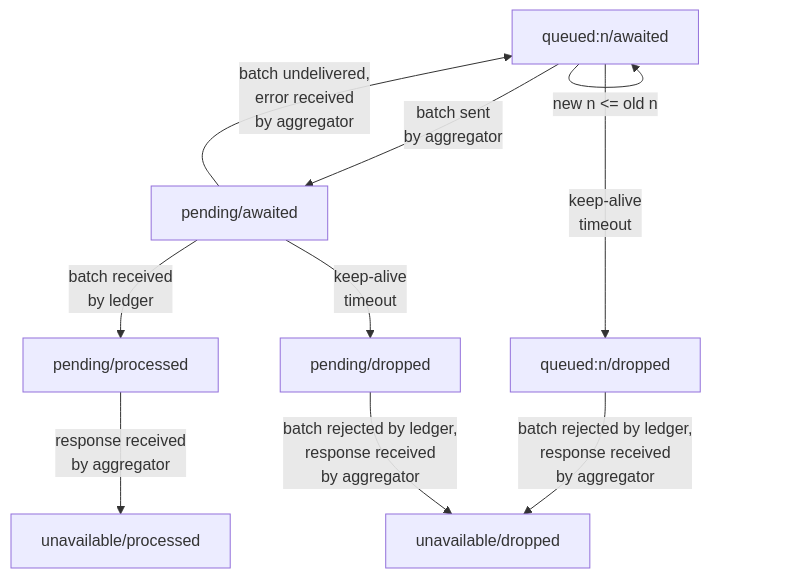
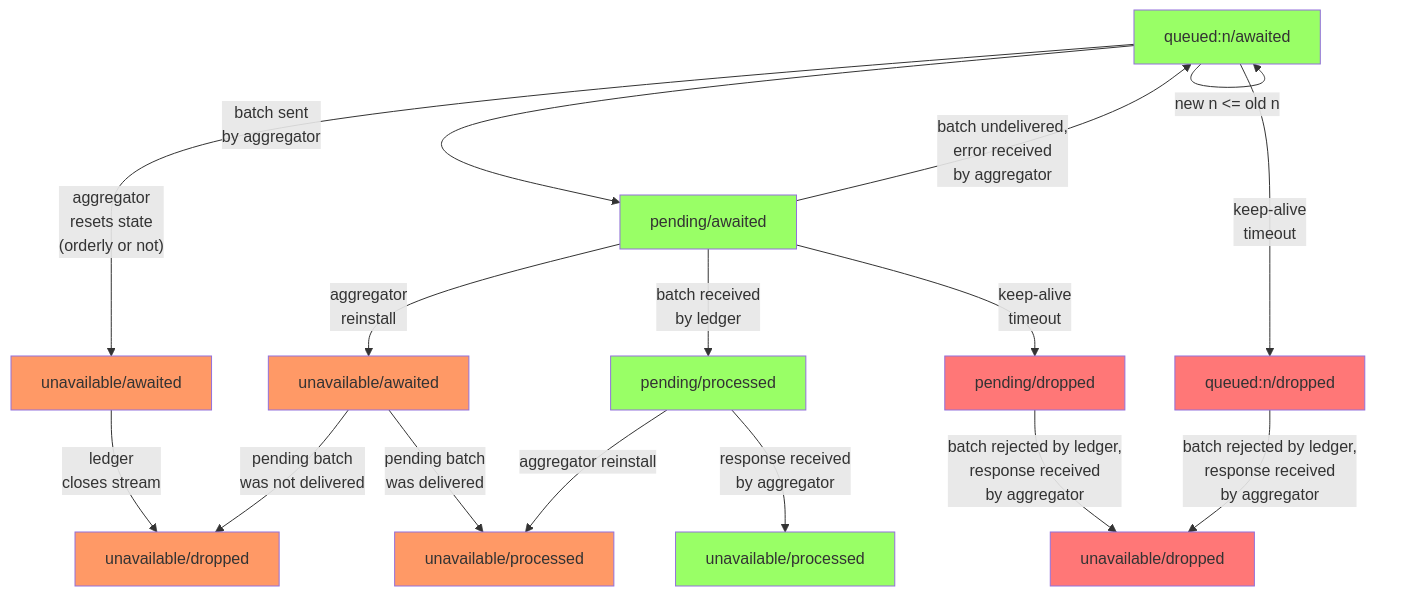
One commit to research-ag/hpl-io changed the fourth of 5 diagrams in README.md. Above: the diagram before and after it, drawn with Mermaid. The commit also changed other lines of this file and 2 other files, not shown here.

Commit message:
Update ledger.did and README

````diff
--- a/README.md
+++ b/README.md
@@ -31,12 +68,26 @@
 ```mermaid
 flowchart TD
-QA["queued:n/awaited"] -->|batch sent<br>by aggregator| PA["pending/awaited"]
+QA["queued:n/awaited"] -->|"aggregator<br>resets state<br>(orderly or not)"| UA["unavailable/awaited"]
+UA -->|ledger<br>closes stream| UD2["unavailable/dropped"]
+QA -->|batch sent<br>by aggregator| PA["pending/awaited"]
 QA -->|"new n <= old n"| QA
+PA -->|aggregator<br>reinstall| UA2["unavailable/awaited"]
+UA2 -->|pending batch<br>was not delivered| UD2
+UA2 -->|pending batch<br>was delivered| UP2["unavailable/processed"]
 PA -->|batch received<br>by ledger| PP["pending/processed"]
 PA -->|batch undelivered,<br>error received<br>by aggregator| QA
+PP -->|aggregator reinstall| UP2
 PP -->|response received<br>by aggregator| UP["unavailable/processed"]
+PA -->|keep-alive<br>timeout| PD["pending/dropped"]
 QA -->|keep-alive<br>timeout| QD["queued:n/dropped"]
-PA -->|keep-alive<br>timeout| PD["pending/dropped"]
+PD -->|batch rejected by ledger,<br>response received<br>by aggregator| UD
 QD -->|batch rejected by ledger,<br>response received<br>by aggregator| UD["unavailable/dropped"]
-PD -->|batch rejected by ledger,<br>response received<br>by aggregator| UD
+
+
+classDef green fill:#9f6
+classDef orange fill:#f96
+classDef red fill:#f77
+class QD,PD,UD red
+class UA,UA2,UD2,UP2 orange
+class QA,PA,PP,UP green
 ```
````
